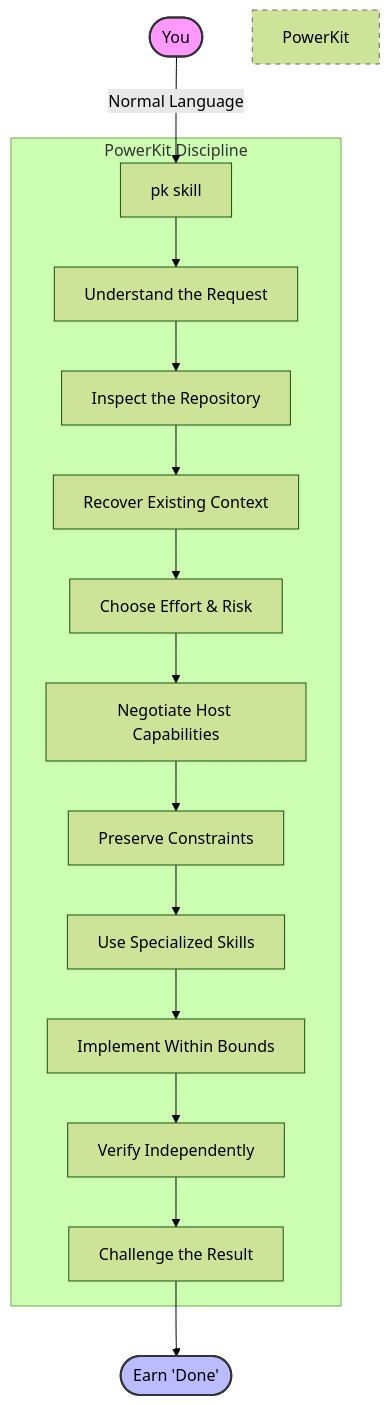
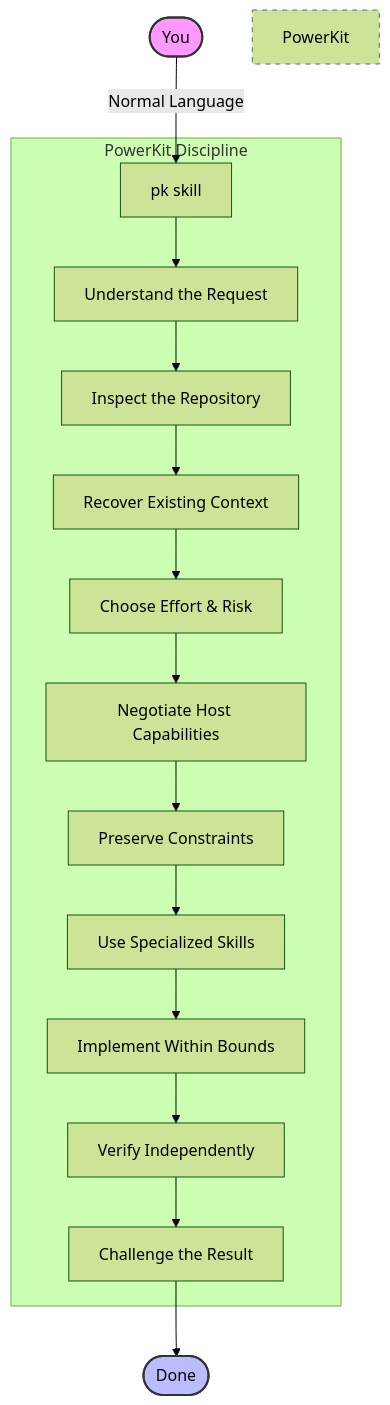
One commit to tyreamer/ai-engineering-powerkit changed the first of 2 diagrams in README.md. Above: the diagram before and after it, drawn with Mermaid (forest theme). The commit also changed other lines of this file, not shown here.

````diff
--- a/README.md
+++ b/README.md
@@ -33,23 +21,23 @@
 ```mermaid
 flowchart TD
     User([You]) -->|Normal Language| PK[pk skill]
     
     subgraph PowerKit Discipline
         PK --> Understand[Understand the Request]
         Understand --> Inspect[Inspect the Repository]
         Inspect --> Recover[Recover Existing Context]
         Recover --> Policy[Choose Effort & Risk]
         Policy --> Negotiate[Negotiate Host Capabilities]
         Negotiate --> Constraints[Preserve Constraints]
         Constraints --> Skills[Use Specialized Skills]
         Skills --> Implement[Implement Within Bounds]
         Implement --> Verify[Verify Independently]
         Verify --> Challenge[Challenge the Result]
     end
     
-    Challenge --> Done([Earn 'Done'])
+    Challenge --> Done([Done])
     
     style User fill:#f9f,stroke:#333,stroke-width:2px
     style Done fill:#bbf,stroke:#333,stroke-width:2px
     style PowerKit Discipline fill:#f4f4f4,stroke:#666,stroke-width:1px,stroke-dasharray: 5 5
 ```
````
